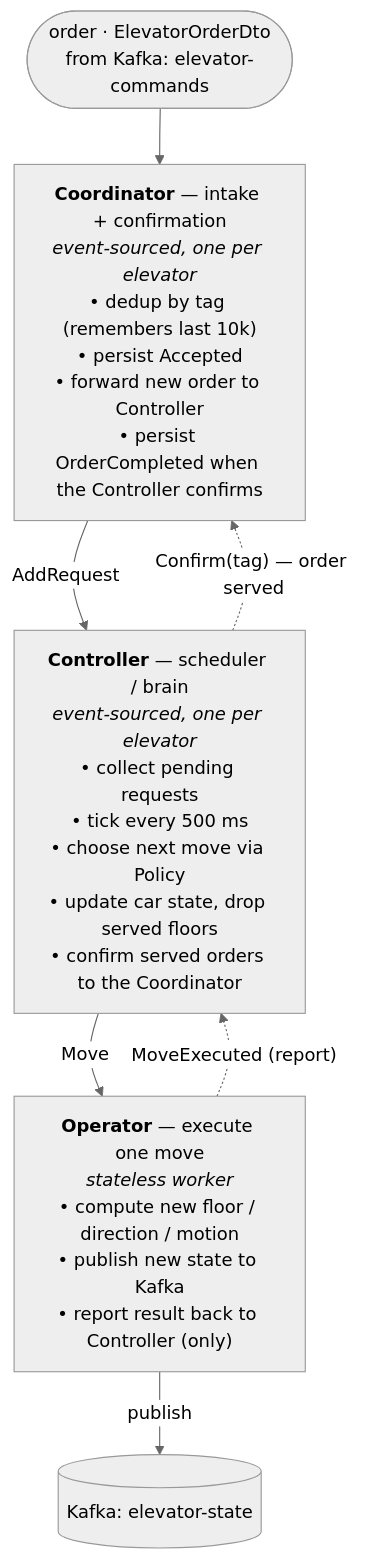
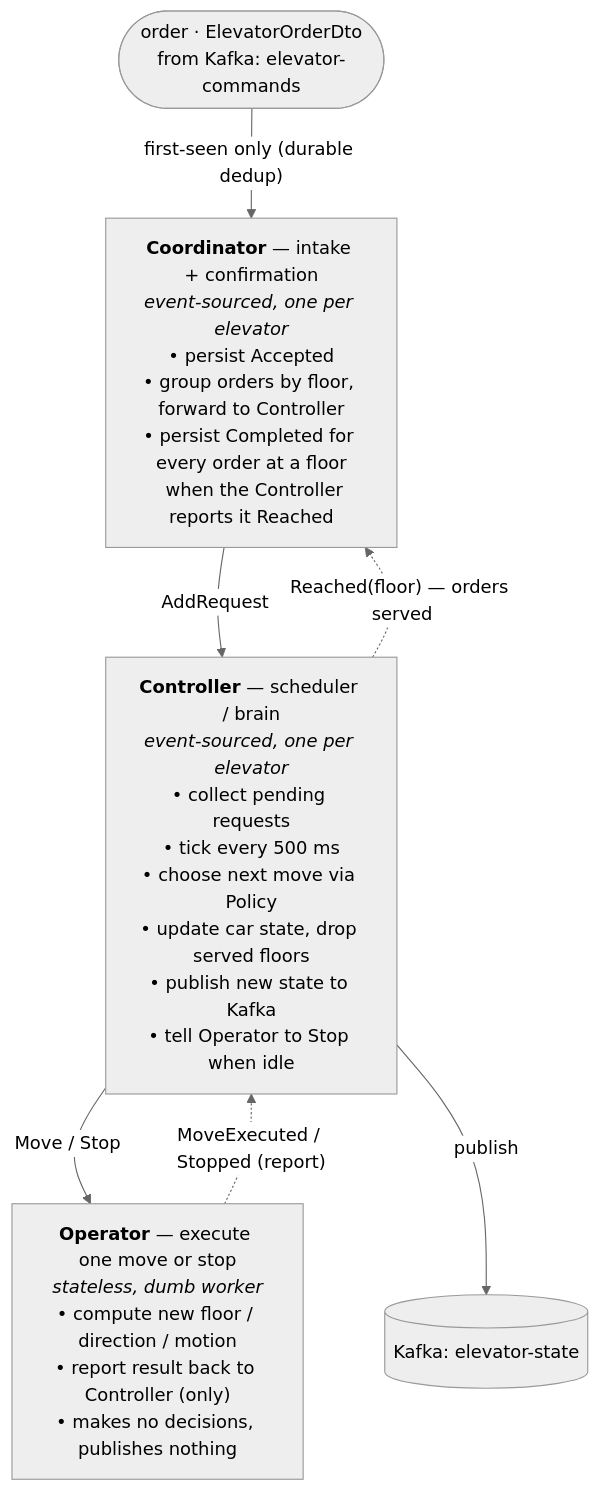
The second of 3 diagrams in README.md (TwistedLady/elevator-system), drawn with Mermaid (neutral theme) before and after one commit. The commit also changed other lines of this file and 6 other files, not shown here.

First line of the commit message:
app: group Kafka I/O into a kafka/ package; refresh docs

````diff
--- a/README.md
+++ b/README.md
@@ -47,15 +47,15 @@
 ```mermaid
 flowchart TD
-    ord(["order · ElevatorOrderDto<br/>from Kafka: elevator-commands"]) --> coord
+    ord(["order · ElevatorOrderDto<br/>from Kafka: elevator-commands"]) -->|"first-seen only (durable dedup)"| coord
 
-    coord["<b>Coordinator</b> — intake + confirmation<br/><i>event-sourced, one per elevator</i><br/>• dedup by tag (remembers last 10k)<br/>• persist Accepted<br/>• forward new order to Controller<br/>• persist OrderCompleted when the Controller confirms"]
+    coord["<b>Coordinator</b> — intake + confirmation<br/><i>event-sourced, one per elevator</i><br/>• persist Accepted<br/>• group orders by floor, forward to Controller<br/>• persist Completed for every order at a floor<br/>&nbsp;&nbsp;when the Controller reports it Reached"]
     coord -->|AddRequest| ctrl
 
-    ctrl["<b>Controller</b> — scheduler / brain<br/><i>event-sourced, one per elevator</i><br/>• collect pending requests<br/>• tick every 500 ms<br/>• choose next move via Policy<br/>• update car state, drop served floors<br/>• confirm served orders to the Coordinator"]
-    ctrl -->|Move| op
+    ctrl["<b>Controller</b> — scheduler / brain<br/><i>event-sourced, one per elevator</i><br/>• collect pending requests<br/>• tick every 500 ms<br/>• choose next move via Policy<br/>• update car state, drop served floors<br/>• publish new state to Kafka<br/>• tell Operator to Stop when idle"]
+    ctrl -->|"Move / Stop"| op
 
-    op["<b>Operator</b> — execute one move<br/><i>stateless worker</i><br/>• compute new floor / direction / motion<br/>• publish new state to Kafka<br/>• report result back to Controller (only)"]
-    op -->|publish| out[("Kafka: elevator-state")]
-    op -.->|"MoveExecuted (report)"| ctrl
-    ctrl -.->|"Confirm(tag) — order served"| coord
+    op["<b>Operator</b> — execute one move or stop<br/><i>stateless, dumb worker</i><br/>• compute new floor / direction / motion<br/>• report result back to Controller (only)<br/>• makes no decisions, publishes nothing"]
+    ctrl -->|publish| out[("Kafka: elevator-state")]
+    op -.->|"MoveExecuted / Stopped (report)"| ctrl
+    ctrl -.->|"Reached(floor) — orders served"| coord
 ```
````
